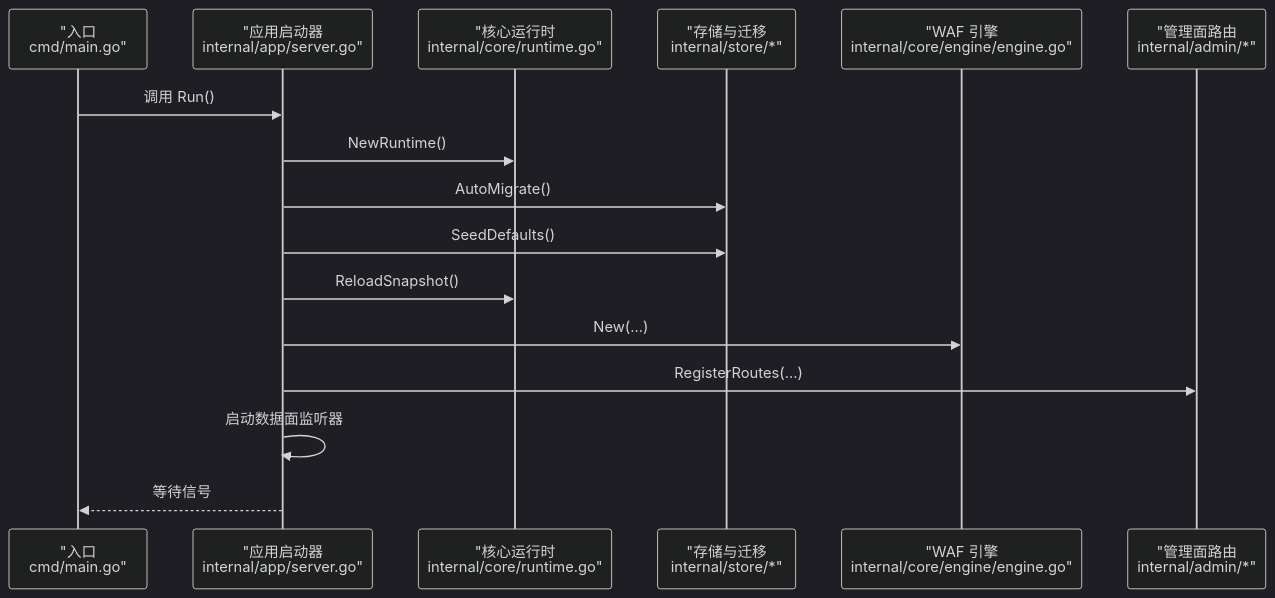
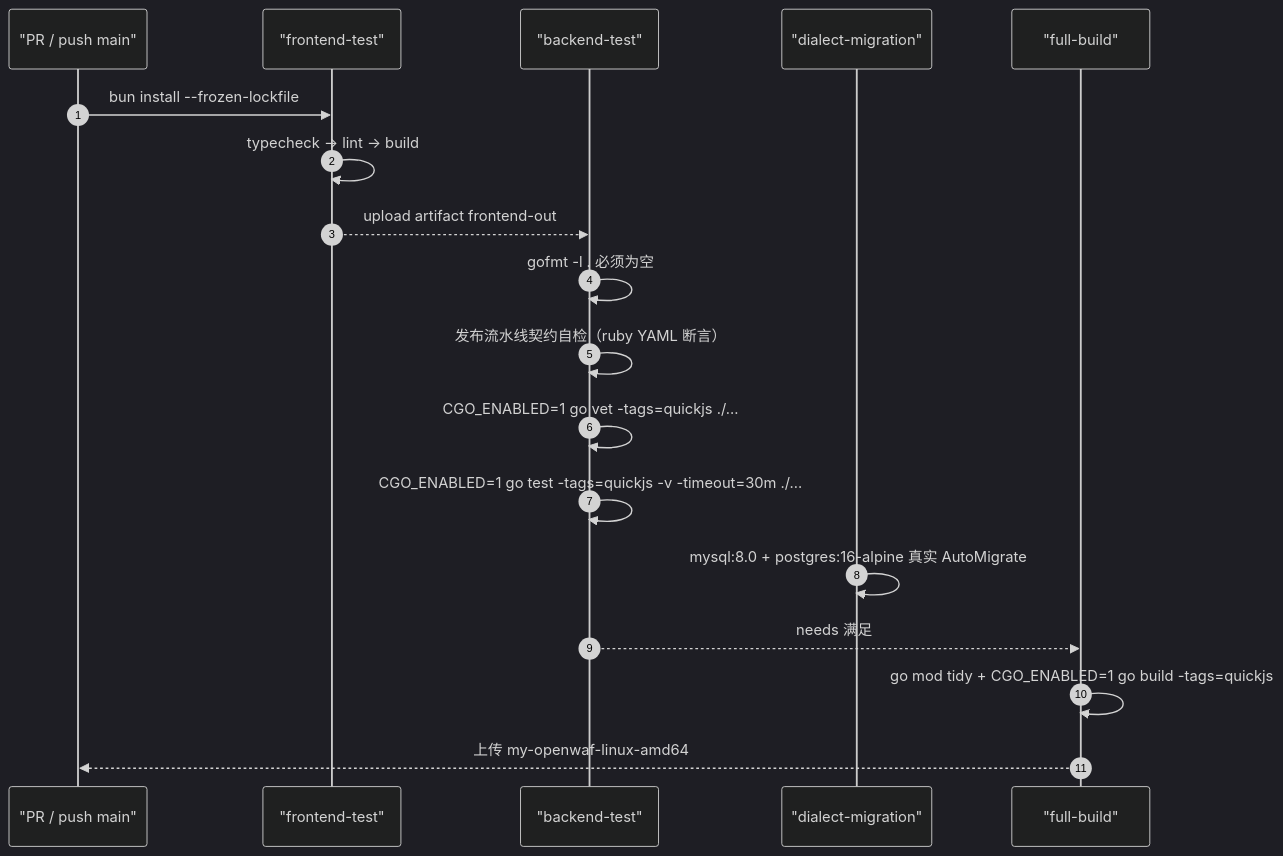
One commit to x01n/My-OpenWaf changed the second of 4 diagrams in docs/项目概述/开发者指南.md. Above: the diagram before and after it, drawn with Mermaid (dark theme). The commit also changed other lines of this file and 622 other files, not shown here.

````diff
--- a/docs/项目概述/开发者指南.md
+++ b/docs/项目概述/开发者指南.md
@@ -174,18 +172,20 @@
 ```mermaid
 sequenceDiagram
-participant Entrypoint as "入口<br/>cmd/main.go"
-participant App as "应用启动器<br/>internal/app/server.go"
-participant Core as "核心运行时<br/>internal/core/runtime.go"
-participant Store as "存储与迁移<br/>internal/store/*"
-participant Eng as "WAF 引擎<br/>internal/core/engine/engine.go"
-participant Admin as "管理面路由<br/>internal/admin/*"
-Entrypoint->>App : 调用 Run()
-App->>Core : NewRuntime()
-App->>Store : AutoMigrate()
-App->>Store : SeedDefaults()
-App->>Core : ReloadSnapshot()
-App->>Eng : New(...)
-App->>Admin : RegisterRoutes(...)
-App->>App : 启动数据面监听器
-App-->>Entrypoint : 等待信号
+  autonumber
+  participant PR as "PR / push main"
+  participant FE as "frontend-test"
+  participant BE as "backend-test"
+  participant DIA as "dialect-migration"
+  participant FB as "full-build"
+  PR->>FE: bun install --frozen-lockfile
+  FE->>FE: typecheck → lint → build
+  FE-->>BE: upload artifact frontend-out
+  BE->>BE: gofmt -l . 必须为空
+  BE->>BE: 发布流水线契约自检（ruby YAML 断言）
+  BE->>BE: CGO_ENABLED=1 go vet -tags=quickjs ./...
+  BE->>BE: CGO_ENABLED=1 go test -tags=quickjs -v -timeout=30m ./...
+  DIA->>DIA: mysql:8.0 + postgres:16-alpine 真实 AutoMigrate
+  BE-->>FB: needs 满足
+  FB->>FB: go mod tidy + CGO_ENABLED=1 go build -tags=quickjs
+  FB-->>PR: 上传 my-openwaf-linux-amd64
 ```
````
